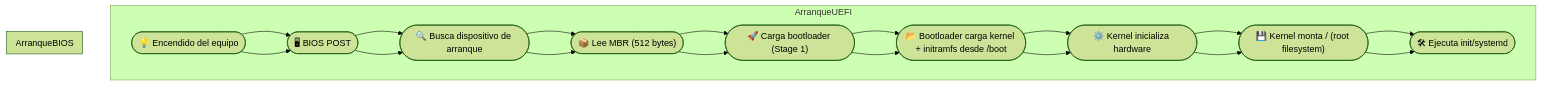
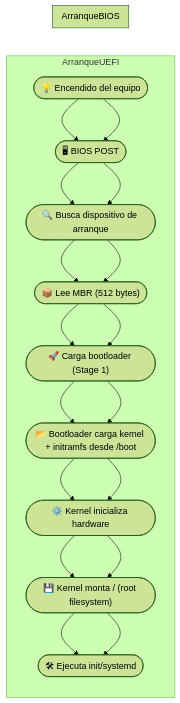
The third of 4 diagrams in Anexos_LFS4Students-ES/Bios_boot-UEFI.md (GualaDRAKE/LFS4Students-ES), drawn with Mermaid (forest theme) before and after one commit.

````diff
--- a/Anexos_LFS4Students-ES/Bios_boot-UEFI.md
+++ b/Anexos_LFS4Students-ES/Bios_boot-UEFI.md
@@ -344,23 +344,23 @@
 ```mermaid
-flowchart TD
+flowchart LR
     subgraph ArranqueUEFI
         A(["💡 Encendido del equipo"]) --> B(["🖥 UEFI POST"])
         B --> C(["📋 UEFI lee NVRAM (entradas de arranque)"])
         C --> D(["💽 Accede a ESP (/boot/efi)"])
         D --> E(["🚀 Ejecuta archivo .EFI (bootloader)"])
         E --> F(["📂 Bootloader carga kernel + initramfs desde /boot"])
         F --> G(["⚙️ Kernel inicializa hardware"])
         G --> H(["💾 Kernel monta / (root filesystem)"])
         H --> I(["🛠 Ejecuta init/systemd"])
     end
     subgraph ArranqueBIOS
         A(["💡 Encendido del equipo"]) --> B(["🖥 BIOS POST"])
         B --> C(["🔍 Busca dispositivo de arranque"])
         C --> D(["📦 Lee MBR (512 bytes)"])
         D --> E(["🚀 Carga bootloader (Stage 1)"])
         E --> F(["📂 Bootloader carga kernel + initramfs desde /boot"])
         F --> G(["⚙️ Kernel inicializa hardware"])
         G --> H(["💾 Kernel monta / (root filesystem)"])
         H --> I(["🛠 Ejecuta init/systemd"])
     end
 ```
````
